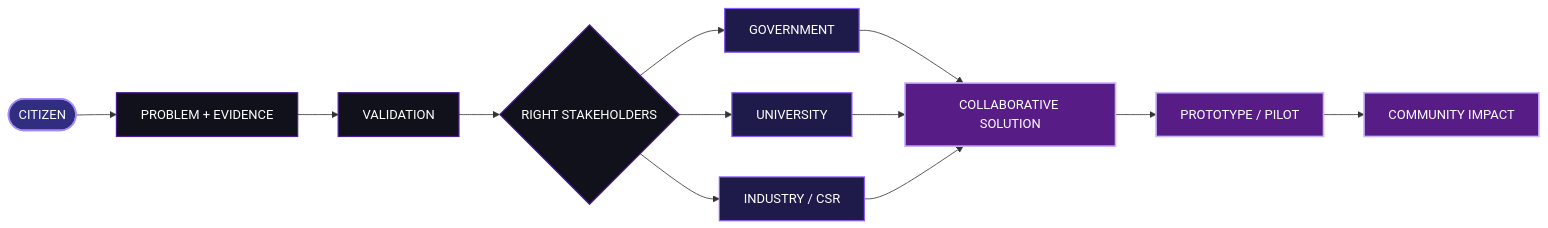
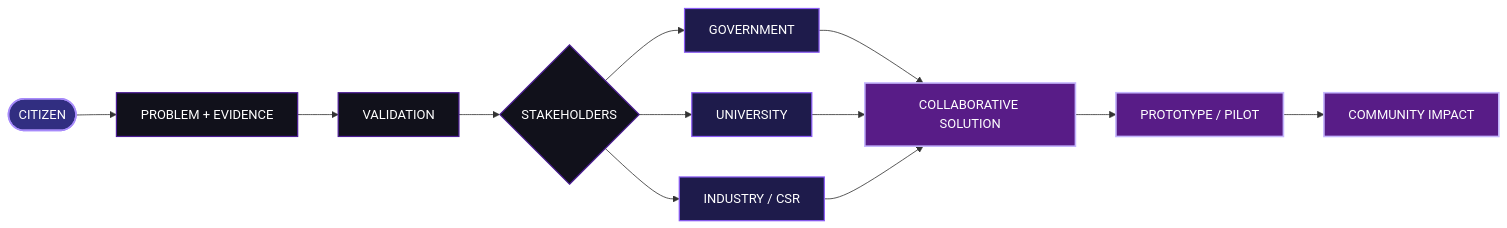
The diagram in README.md (nirmal-kumar-v/SETU), drawn with Mermaid before and after one commit. The commit also changed other lines of this file, not shown here.

````diff
--- a/README.md
+++ b/README.md
@@ -71,27 +71,27 @@
-```mermaid id="k2c8mv"
+```mermaid
 flowchart LR
     A(["CITIZEN"]) --> B["PROBLEM + EVIDENCE"]
     B --> C["VALIDATION"]
-    C --> D{"RIGHT STAKEHOLDERS"}
+    C --> D{"STAKEHOLDERS"}
 
     D --> E["GOVERNMENT"]
     D --> F["UNIVERSITY"]
     D --> G["INDUSTRY / CSR"]
 
     E --> H["COLLABORATIVE SOLUTION"]
     F --> H
     G --> H
 
     H --> I["PROTOTYPE / PILOT"]
     I --> J["COMMUNITY IMPACT"]
 
     classDef citizen fill:#312E81,stroke:#A78BFA,color:#FFFFFF,stroke-width:2px;
     classDef core fill:#11111B,stroke:#4C1D95,color:#FFFFFF,stroke-width:1.5px;
     classDef stakeholder fill:#1E1B4B,stroke:#8B5CF6,color:#FFFFFF,stroke-width:1.5px;
     classDef result fill:#581C87,stroke:#C4B5FD,color:#FFFFFF,stroke-width:2px;
 
     class A citizen;
     class B,C,D core;
     class E,F,G stakeholder;
     class H,I,J result;
 ```
````
